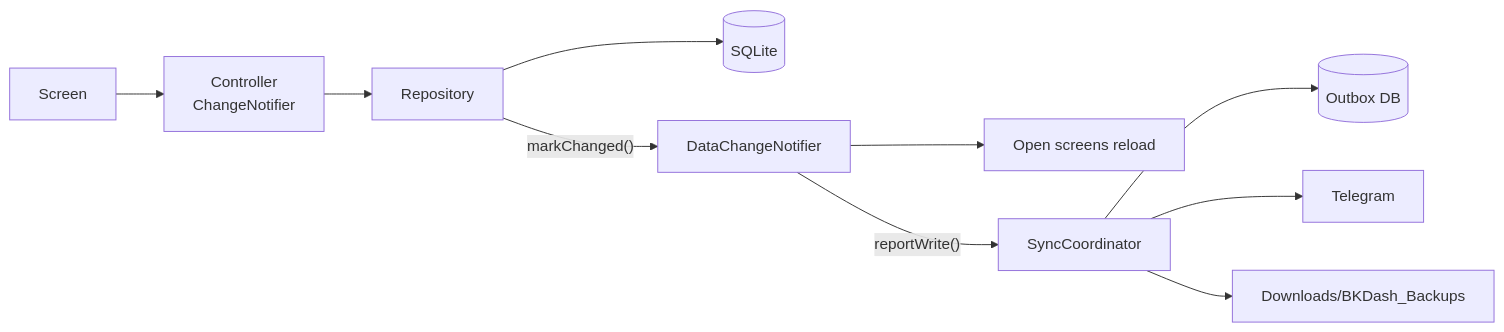
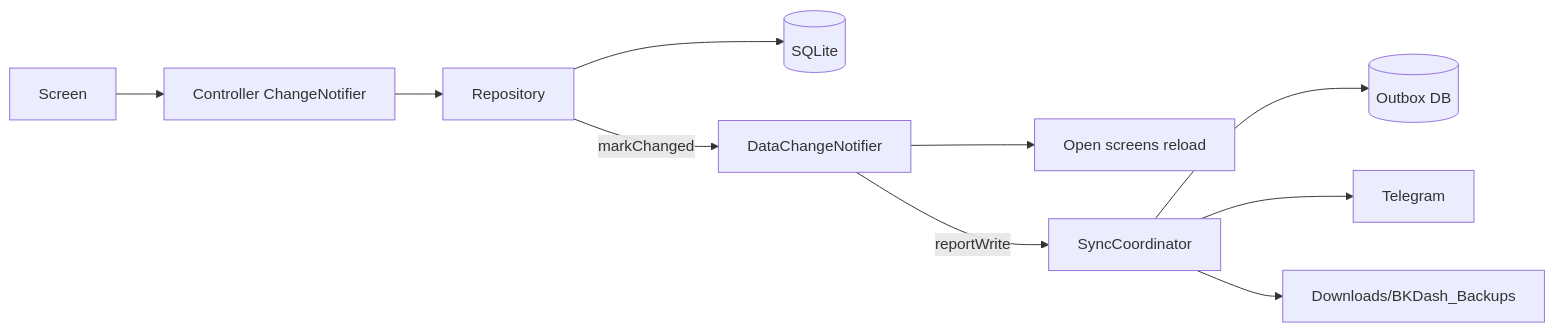
Before and after one commit to Omar-Bkdash-7/bkdash-sanitary-ware: the diagram in README.md, drawn with Mermaid.

Commit message:
docs: simplify mermaid diagram formatting in README

````diff
--- a/README.md
+++ b/README.md
@@ -132,12 +132,12 @@
 ```mermaid
 flowchart LR
-  screen[Screen] --> controller["Controller<br/>ChangeNotifier"]
+  screen[Screen] --> controller[Controller ChangeNotifier]
   controller --> repo[Repository]
   repo --> db[(SQLite)]
-  repo -- "markChanged()" --> events[DataChangeNotifier]
-  events --> screens["Open screens reload"]
-  events -- "reportWrite()" --> sync[SyncCoordinator]
+  repo -- markChanged --> events[DataChangeNotifier]
+  events --> screens[Open screens reload]
+  events -- reportWrite --> sync[SyncCoordinator]
   sync --> outbox[(Outbox DB)]
   sync --> telegram[Telegram]
-  sync --> public["Downloads/BKDash_Backups"]
+  sync --> public[Downloads/BKDash_Backups]
 ```
````
